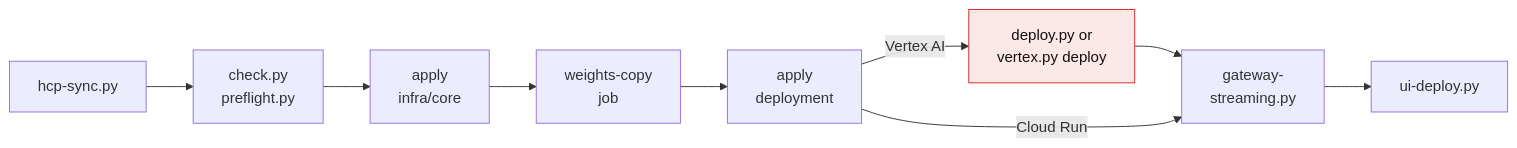
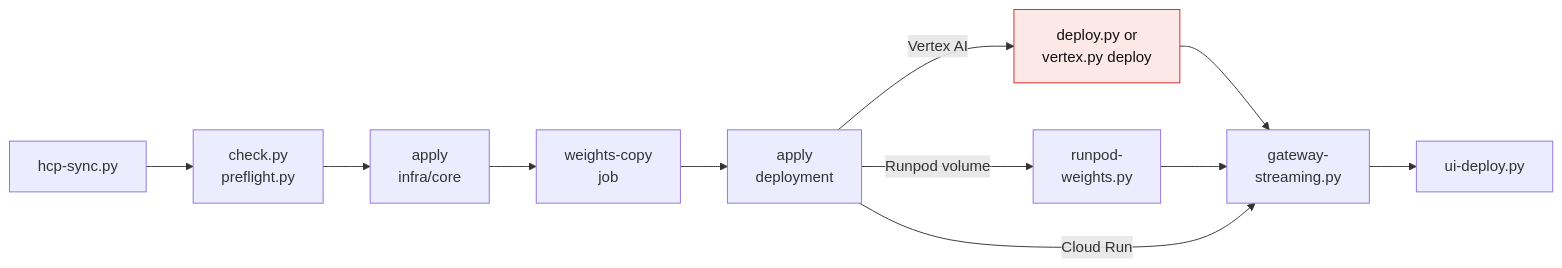
One commit to koval-yurko/custom-models-inference changed the diagram in docs/scripts.md. Above: the diagram before and after it, drawn with Mermaid. The commit also changed other lines of this file and 123 other files, not shown here.

````diff
--- a/docs/scripts.md
+++ b/docs/scripts.md
@@ -21,10 +22,11 @@
 ```mermaid
 flowchart LR
     S1["hcp-sync.py"] --> S2["check.py<br/>preflight.py"] --> S3["apply<br/>infra/core"] --> W["weights-copy<br/>job"] --> A["apply<br/>deployment"]
     A -->|"Vertex AI"| V["deploy.py or<br/>vertex.py deploy"] --> G["gateway-<br/>streaming.py"]
+    A -->|"Runpod volume"| R["runpod-<br/>weights.py"] --> G
     A -->|"Cloud Run"| G
     G --> U["ui-deploy.py"]
 
     classDef cost fill:#fde8e8,stroke:#dc2626,color:#111
     class V cost
 ```
````
